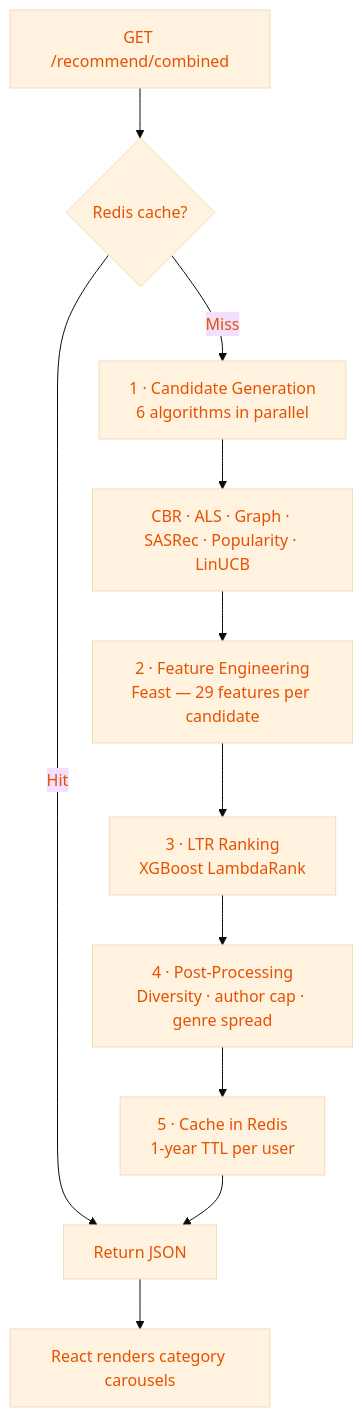
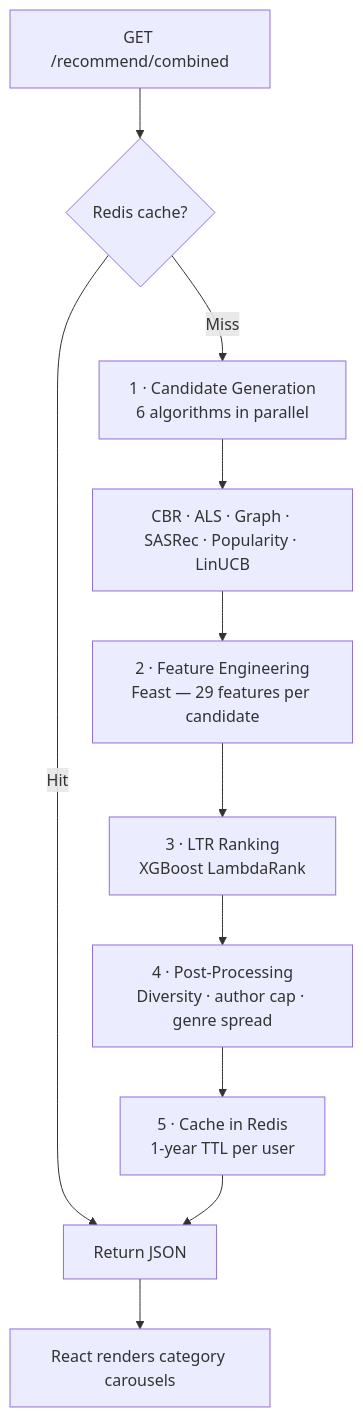
One commit to RAAHUL-tech/BibliophileAI changed the second of 2 diagrams in README.md. Above: the diagram before and after it, drawn with Mermaid. The commit also changed other lines of this file, not shown here.

````diff
--- a/README.md
+++ b/README.md
@@ -104,13 +103,13 @@
 ```mermaid
-%%{init: {'theme':'base', 'themeVariables': {'primaryColor':'#FFF3E0','primaryTextColor':'#E65100'}}}%%
 flowchart TB
-    A[GET /recommend/combined] --> B{Redis cache?}
-    B -->|Hit| N[Return JSON]
-    B -->|Miss| C[1 · Candidate Generation\n6 algorithms in parallel]
-    C --> D[CBR · ALS · Graph · SASRec · Popularity · LinUCB]
-    D --> E[2 · Feature Engineering\nFeast — 29 features per candidate]
-    E --> F[3 · LTR Ranking\nXGBoost LambdaRank]
-    F --> G[4 · Post-Processing\nDiversity · author cap · genre spread]
-    G --> H[5 · Cache in Redis\n1-year TTL per user]
-    H --> N --> O[React renders category carousels]
+    A["GET /recommend/combined"] --> B{"Redis cache?"}
+    B -->|Hit| N["Return JSON"]
+    B -->|Miss| C["1 · Candidate Generation<br/>6 algorithms in parallel"]
+    C --> D["CBR · ALS · Graph · SASRec · Popularity · LinUCB"]
+    D --> E["2 · Feature Engineering<br/>Feast — 29 features per candidate"]
+    E --> F["3 · LTR Ranking<br/>XGBoost LambdaRank"]
+    F --> G["4 · Post-Processing<br/>Diversity · author cap · genre spread"]
+    G --> H["5 · Cache in Redis<br/>1-year TTL per user"]
+    H --> N
+    N --> O["React renders category carousels"]
 ```
````
